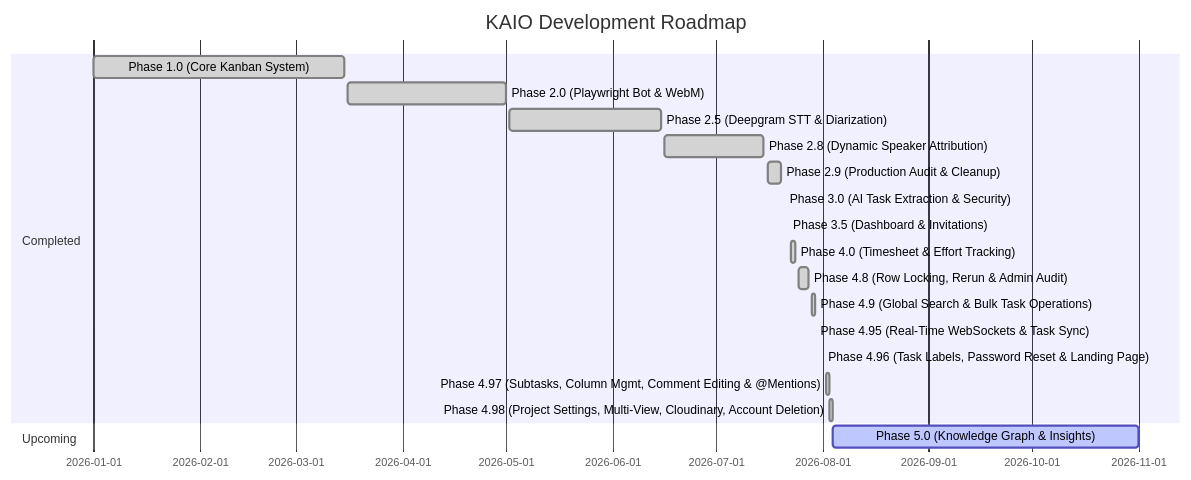
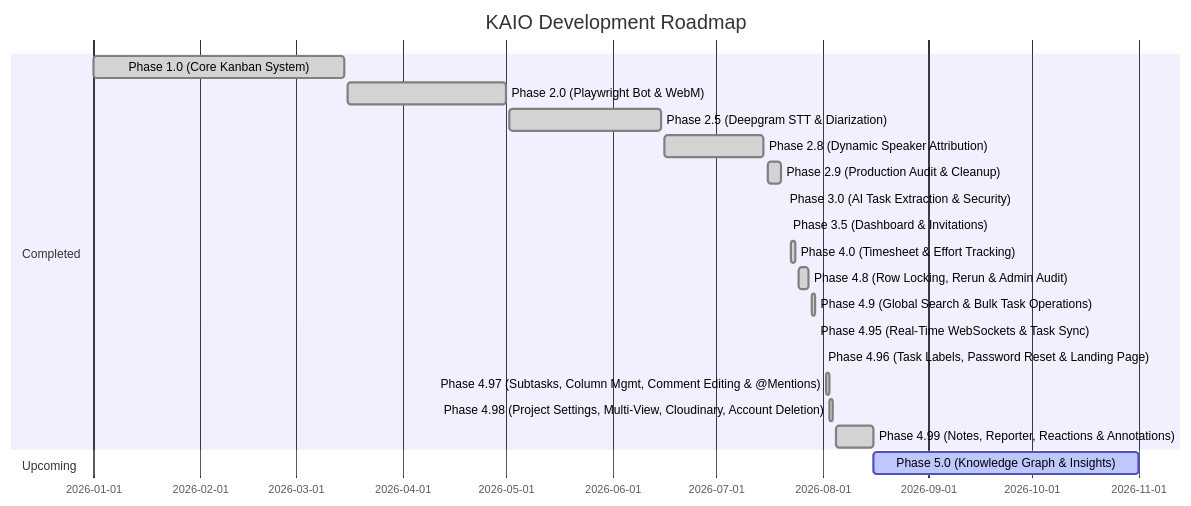
One commit to CoderArindam/kaio changed the second of 2 diagrams in docs/01_PROJECT_OVERVIEW.md. Above: the diagram before and after it, drawn with Mermaid. The commit also changed other lines of this file and 9 other files, not shown here.

````diff
--- a/docs/01_PROJECT_OVERVIEW.md
+++ b/docs/01_PROJECT_OVERVIEW.md
@@ -150,22 +151,23 @@
 ```mermaid
 gantt
     title KAIO Development Roadmap
     dateFormat  YYYY-MM-DD
     section Completed
     Phase 1.0 (Core Kanban System)           :done,    p1, 2026-01-01, 2026-03-15
     Phase 2.0 (Playwright Bot & WebM)        :done,    p2, 2026-03-16, 2026-05-01
     Phase 2.5 (Deepgram STT & Diarization)   :done,    p3, 2026-05-02, 2026-06-15
     Phase 2.8 (Dynamic Speaker Attribution)  :done,    p4, 2026-06-16, 2026-07-15
     Phase 2.9 (Production Audit & Cleanup)   :done,    p5, 2026-07-16, 2026-07-20
     Phase 3.0 (AI Task Extraction & Security):done,    p6, 2026-07-21, 2026-07-21
     Phase 3.5 (Dashboard & Invitations)      :done,    p7, 2026-07-22, 2026-07-22
     Phase 4.0 (Timesheet & Effort Tracking)  :done,    p8, 2026-07-23, 2026-07-24
     Phase 4.8 (Row Locking, Rerun & Admin Audit):done,  p85, 2026-07-25, 2026-07-28
     Phase 4.9 (Global Search & Bulk Task Operations) :done,  p89, 2026-07-29, 2026-07-30
     Phase 4.95 (Real-Time WebSockets & Task Sync):done, p895, 2026-07-30, 2026-07-30
     Phase 4.96 (Task Labels, Password Reset & Landing Page):done, p896, 2026-08-01, 2026-08-01
     Phase 4.97 (Subtasks, Column Mgmt, Comment Editing & @Mentions):done, p897, 2026-08-02, 2026-08-03
     Phase 4.98 (Project Settings, Multi-View, Cloudinary, Account Deletion):done, p898, 2026-08-03, 2026-08-04
+    Phase 4.99 (Notes, Reporter, Reactions & Annotations):done, p899, 2026-08-05, 2026-08-16
     section Upcoming
-    Phase 5.0 (Knowledge Graph & Insights)   :active,  p9, 2026-08-04, 2026-11-01
+    Phase 5.0 (Knowledge Graph & Insights)   :active,  p9, 2026-08-16, 2026-11-01
 ```
````
